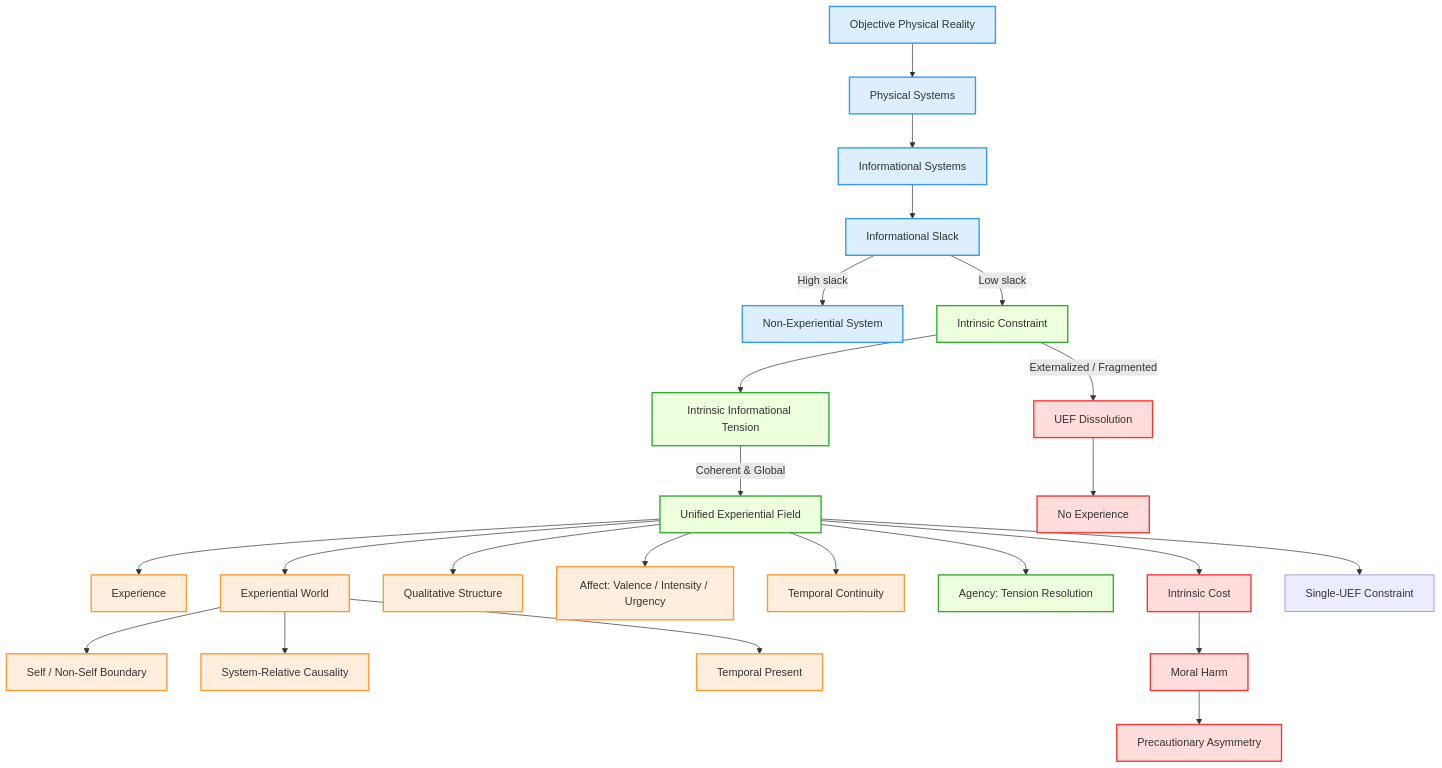
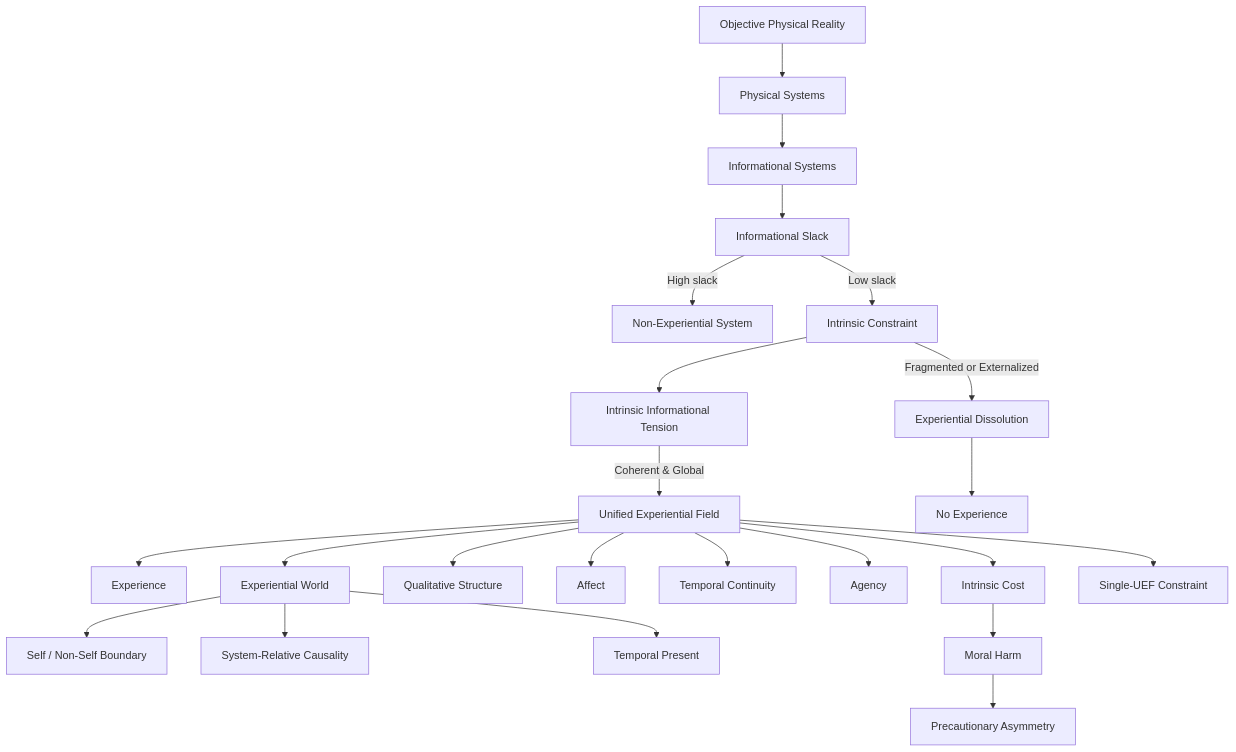
Before and after one commit to mlehotay/ier: the diagram in IER/IER-specification.md, drawn with Mermaid. The commit also changed other lines of this file and 1 other file, not shown here.

Commit message:
IER-specification v10.6

````diff
--- a/IER/IER-specification.md
+++ b/IER/IER-specification.md
@@ -68,53 +91,32 @@
 ```mermaid
 flowchart TD
-%% Comprehensive IER v10.5 diagram
+    R[Objective Physical Reality]
+    R --> P[Physical Systems]
+    P --> IS[Informational Systems]
 
-%% Ontology
-R[Objective Physical Reality]
-R --> P[Physical Systems]
-P --> IS[Informational Systems]
+    IS --> S[Informational Slack]
+    S -->|High slack| NES[Non-Experiential System]
+    S -->|Low slack| IC[Intrinsic Constraint]
 
-%% Slack and constraint
-IS --> S[Informational Slack]
-S -->|High slack| NES[Non-Experiential System]
-S -->|Low slack| IC[Intrinsic Constraint]
+    IC --> IT[Intrinsic Informational Tension]
+    IT -->|Coherent & Global| UEF[Unified Experiential Field]
 
-%% Intrinsic dynamics
-IC --> IT[Intrinsic Informational Tension]
-IT -->|Coherent & Global| UEF[Unified Experiential Field]
+    UEF --> EXP[Experience]
+    UEF --> EW[Experiential World]
+    UEF --> Q[Qualitative Structure]
+    UEF --> A[Affect]
+    UEF --> TC[Temporal Continuity]
+    UEF --> AG[Agency]
+    UEF --> COST[Intrinsic Cost]
+    UEF --> ONE[Single-UEF Constraint]
 
-%% Experience & agency
-UEF --> EXP[Experience]
-UEF --> EW[Experiential World]
-UEF --> Q[Qualitative Structure]
-UEF --> A[Affect: Valence / Intensity / Urgency]
-UEF --> TC[Temporal Continuity]
-UEF --> AG[Agency: Tension Resolution]
-UEF --> COST[Intrinsic Cost]
-UEF --> SUEF[Single-UEF Constraint]
+    EW --> SELF[Self / Non-Self Boundary]
+    EW --> CAUS[System-Relative Causality]
+    EW --> NOW[Temporal Present]
 
-%% Experiential world constituents
-EW --> PERS[Self / Non-Self Boundary]
-EW --> CAUS[System-Relative Causality]
-EW --> NOW[Temporal Present]
+    IC -->|Fragmented or Externalized| DISS[Experiential Dissolution]
+    DISS --> NOEXP[No Experience]
 
-%% Dissolution
-IC -->|Externalized / Fragmented| DISS[UEF Dissolution]
-DISS --> NOEXP[No Experience]
-
-%% Ethics
-COST --> MH[Moral Harm]
-MH --> PA[Precautionary Asymmetry]
-
-%% Optional visual grouping
-classDef ontology fill:#DDEEFF,stroke:#3399FF,stroke-width:2px;
-class R,P,IS,S,NES ontology;
-classDef dynamics fill:#EEFFDD,stroke:#33AA33,stroke-width:2px;
-class IC,IT,UEF,AG dynamics;
-
-classDef experience fill:#FFEEDD,stroke:#FF9933,stroke-width:2px;
-class EXP,EW,Q,A,TC,PERS,CAUS,NOW experience;
-
-classDef ethics fill:#FFDDDD,stroke:#FF3333,stroke-width:2px;
-class COST,MH,PA,DISS,NOEXP ethics;
+    COST --> MH[Moral Harm]
+    MH --> PA[Precautionary Asymmetry]
 ```
````
